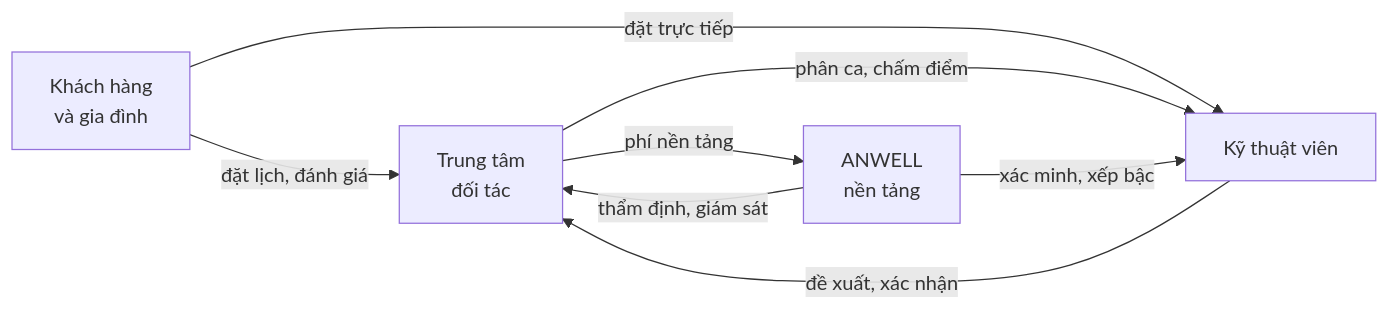
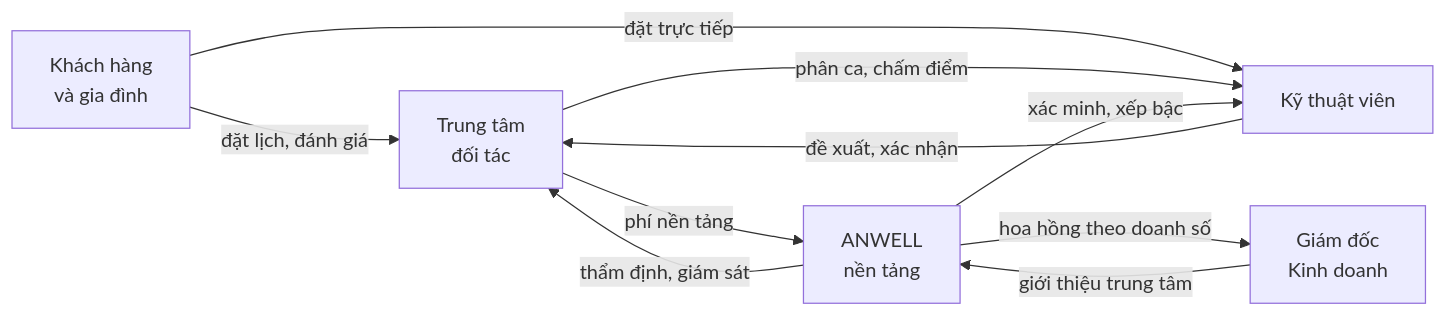
Before and after one commit to koalaland-workplace/anwell_demo: the diagram in docs/01-tong-quan-san-pham.md, drawn with Mermaid. The commit also changed other lines of this file and 5 other files, not shown here.

````diff
--- a/docs/01-tong-quan-san-pham.md
+++ b/docs/01-tong-quan-san-pham.md
@@ -22,15 +22,18 @@
 ```mermaid
 flowchart LR
     KH["Khách hàng<br/>và gia đình"]
     TT["Trung tâm<br/>đối tác"]
     KTV["Kỹ thuật viên"]
     AW["ANWELL<br/>nền tảng"]
+    GD["Giám đốc<br/>Kinh doanh"]
 
     KH -->|đặt lịch, đánh giá| TT
     KH -->|đặt trực tiếp| KTV
     TT -->|phân ca, chấm điểm| KTV
     KTV -->|đề xuất, xác nhận| TT
     AW -->|xác minh, xếp bậc| KTV
     AW -->|thẩm định, giám sát| TT
     TT -->|phí nền tảng| AW
+    GD -->|giới thiệu trung tâm| AW
+    AW -->|hoa hồng theo doanh số| GD
 ```
````
